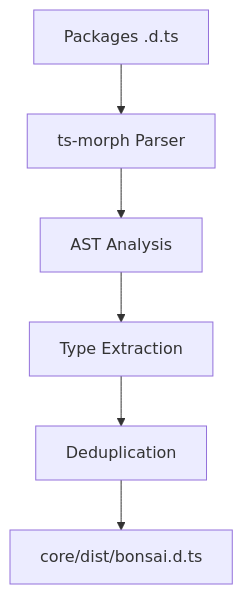
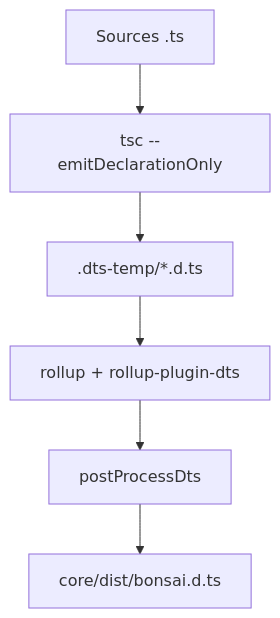
One commit to NCAC/bonsai changed the third of 3 diagrams in lib/ARCHITECTURE.md. Above: the diagram before and after it, drawn with Mermaid. The commit also changed other lines of this file and 268 other files, not shown here.

````diff
--- a/lib/ARCHITECTURE.md
+++ b/lib/ARCHITECTURE.md
@@ -124,8 +107,8 @@
 ```mermaid
 graph TD
-    A[Packages .d.ts] --> B[ts-morph Parser]
-    B --> C[AST Analysis]
-    C --> D[Type Extraction]
-    D --> E[Deduplication]
+    A[Sources .ts] --> B[tsc --emitDeclarationOnly]
+    B --> C[.dts-temp/*.d.ts]
+    C --> D[rollup + rollup-plugin-dts]
+    D --> E[postProcessDts]
     E --> F[core/dist/bonsai.d.ts]
 ```
````
